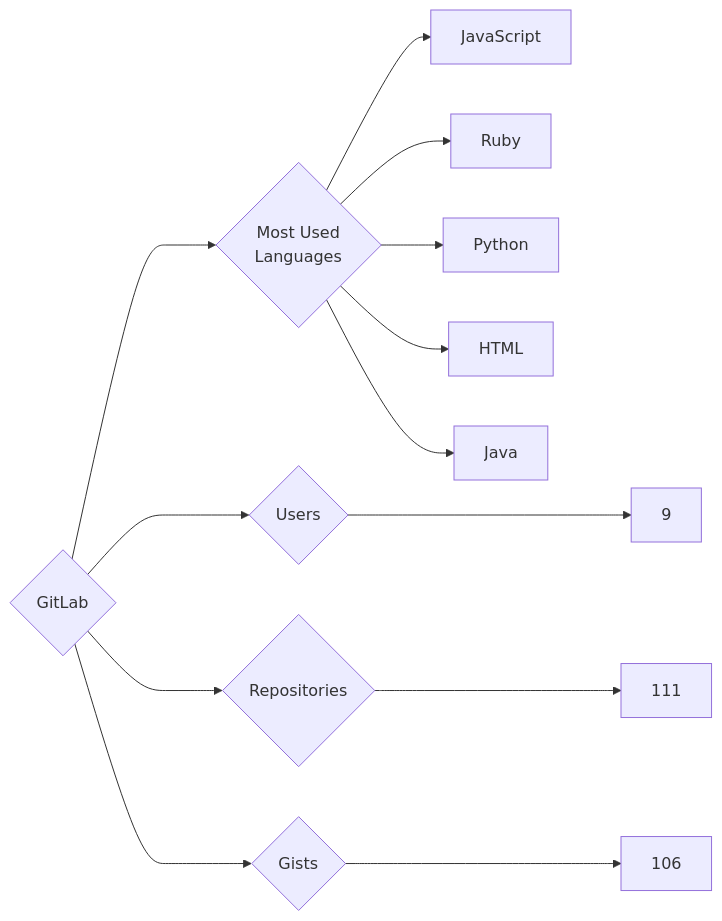
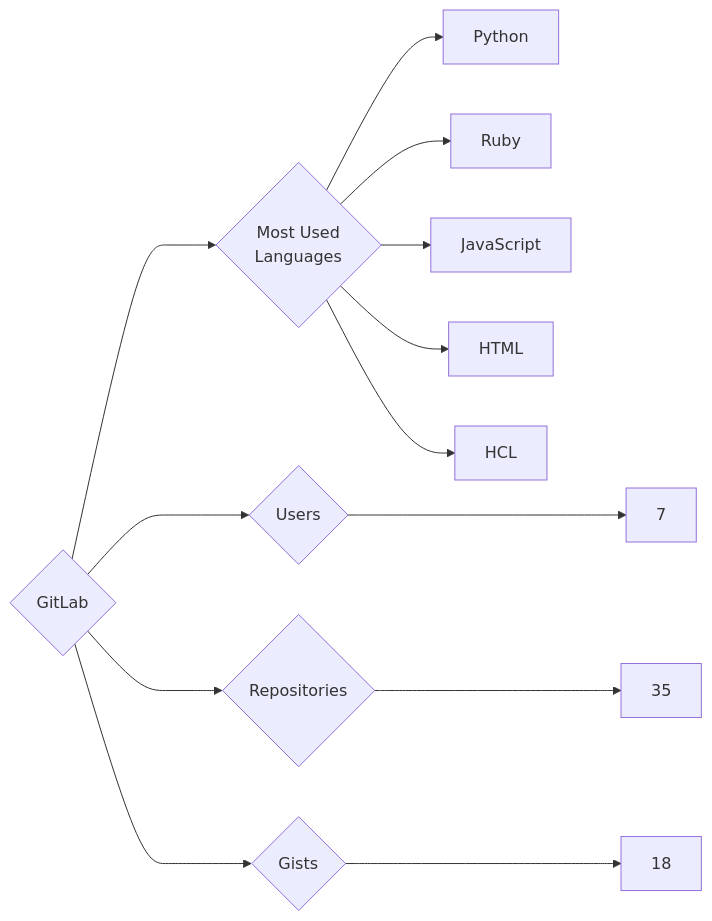
The diagram in targets/GitLab/README.md (trickest/insiders), drawn with Mermaid before and after one commit. The commit also changed 614 other files, not shown here.

````diff
--- a/targets/GitLab/README.md
+++ b/targets/GitLab/README.md
@@ -3,13 +3,13 @@
 ```mermaid
 graph LR
 COMPANY_NAME{GitLab}
-COMPANY_NAME ---> U{Users} ---> UN[9]
-COMPANY_NAME ---> R{Repositories} ---> RN[111]
-COMPANY_NAME ---> G{Gists} ---> GN[106]
+COMPANY_NAME ---> U{Users} ---> UN[7]
+COMPANY_NAME ---> R{Repositories} ---> RN[35]
+COMPANY_NAME ---> G{Gists} ---> GN[18]
 COMPANY_NAME ---> ML{Most Used<br>Languages}
+ML --> Python[Python]
+ML --> Ruby[Ruby]
 ML --> JavaScript[JavaScript]
-ML --> Ruby[Ruby]
-ML --> Python[Python]
 ML --> HTML[HTML]
-ML --> Java[Java]
+ML --> HCL[HCL]
 ```
````
